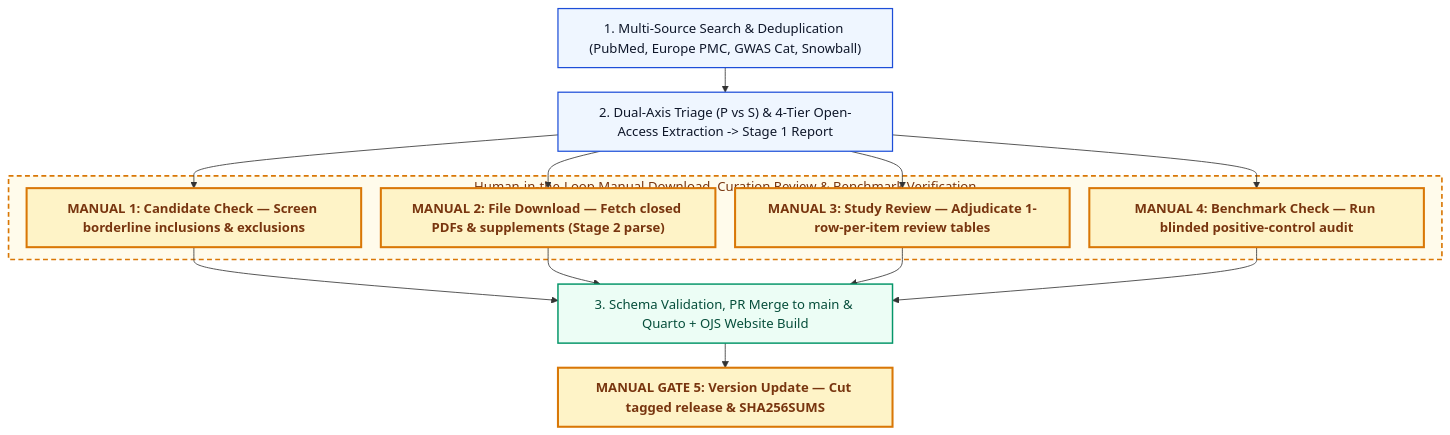
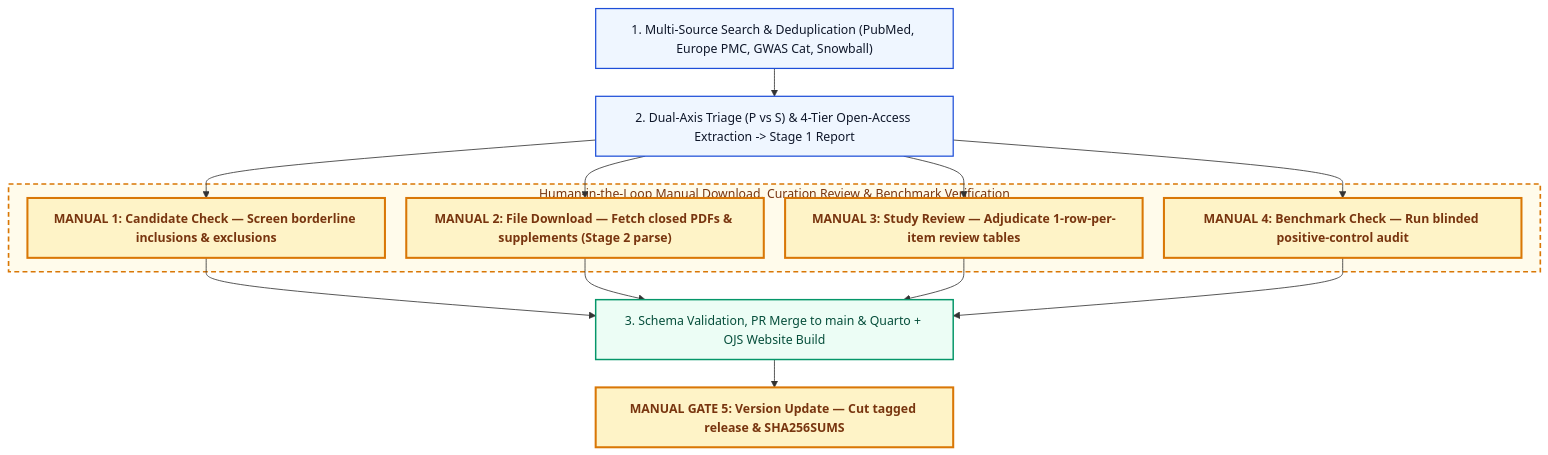
Before and after one commit to mattlee821/proteomic-gwas-catalogue: the diagram in README.md, drawn with Mermaid. The commit also changed 2 other files, not shown here.

Commit message:
Expand Mermaid flowchart container to full section width (>=75-85% of viewport)

````diff
--- a/README.md
+++ b/README.md
@@ -22,26 +22,26 @@
 ```mermaid
-%%{init: {'flowchart': {'wrappingWidth': 360, 'nodeSpacing': 24, 'rankSpacing': 30, 'padding': 12, 'curve': 'basis'}}}%%
+%%{init: {'themeVariables': {'fontSize': '15px'}, 'flowchart': {'wrappingWidth': 380, 'nodeSpacing': 26, 'rankSpacing': 34, 'padding': 14, 'curve': 'basis'}}}%%
 flowchart TD
     S1["1. Multi-Source Search & Deduplication (PubMed, Europe PMC, GWAS Cat, Snowball)"]:::auto
     S2["2. Dual-Axis Triage (P vs S) & 4-Tier Open-Access Extraction -> Stage 1 Report"]:::auto
 
     subgraph MANUAL["Human-in-the-Loop Manual Download, Curation Review & Benchmark Verification"]
         M1["MANUAL 1: Candidate Check — Screen borderline inclusions & exclusions"]:::manual
         M2["MANUAL 2: File Download — Fetch closed PDFs & supplements (Stage 2 parse)"]:::manual
         M3["MANUAL 3: Study Review — Adjudicate 1-row-per-item review tables"]:::manual
         M4["MANUAL 4: Benchmark Check — Run blinded positive-control audit"]:::manual
     end
 
     S3["3. Schema Validation, PR Merge to main & Quarto + OJS Website Build"]:::store
     M5["MANUAL GATE 5: Version Update — Cut tagged release & SHA256SUMS"]:::manual
 
     S1 --> S2
     S2 --> M1 & M2 & M3 & M4
     M1 & M2 & M3 & M4 --> S3
     S3 --> M5
 
     classDef auto fill:#eff6ff,stroke:#1d4ed8,stroke-width:1.5px,color:#0f172a
     classDef manual fill:#fef3c7,stroke:#d97706,stroke-width:2.5px,color:#78350f,font-weight:bold
     classDef store fill:#ecfdf5,stroke:#059669,stroke-width:1.8px,color:#064e3b
     style MANUAL fill:#fffbeb,stroke:#d97706,stroke-width:2px,stroke-dasharray: 6 4,color:#78350f
 ```
````
